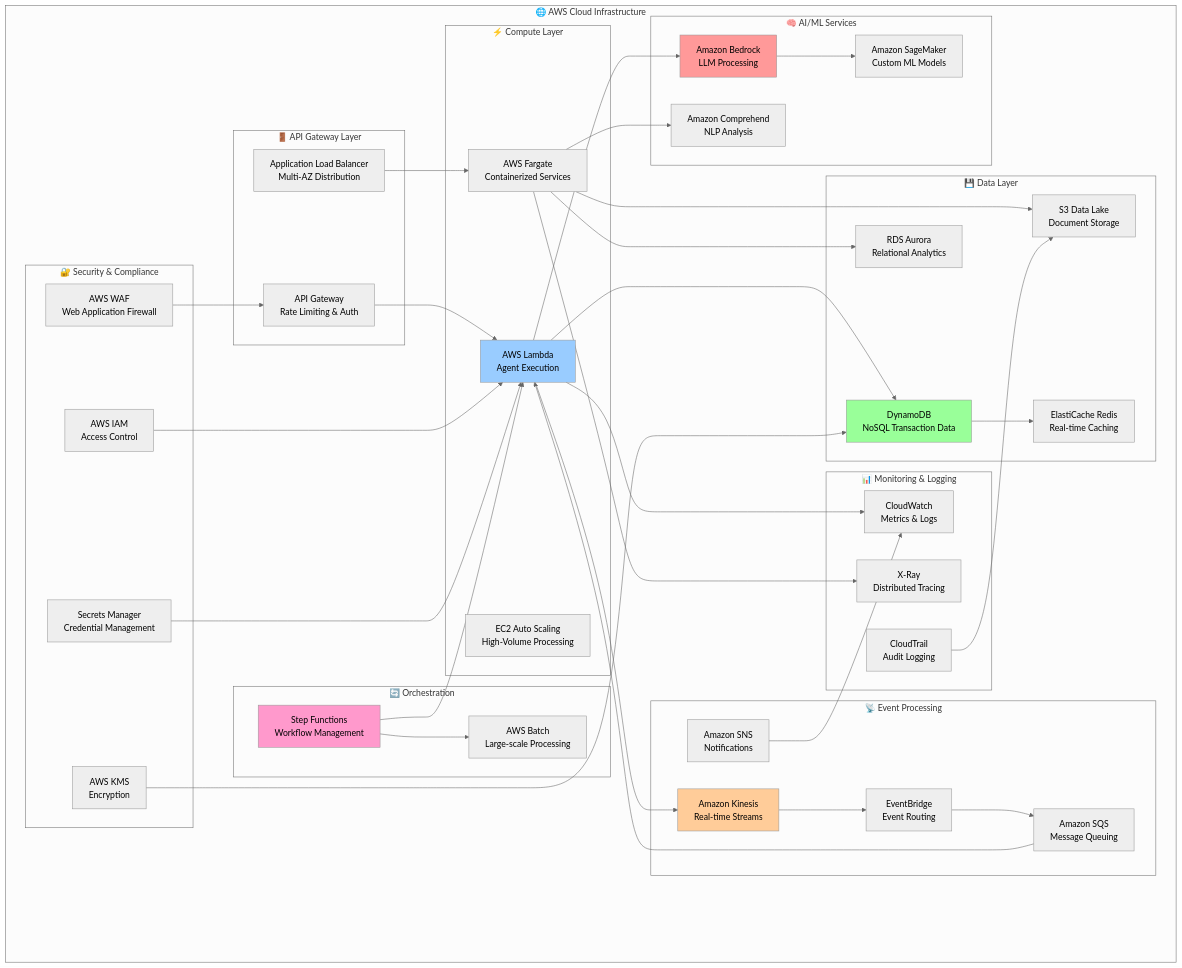
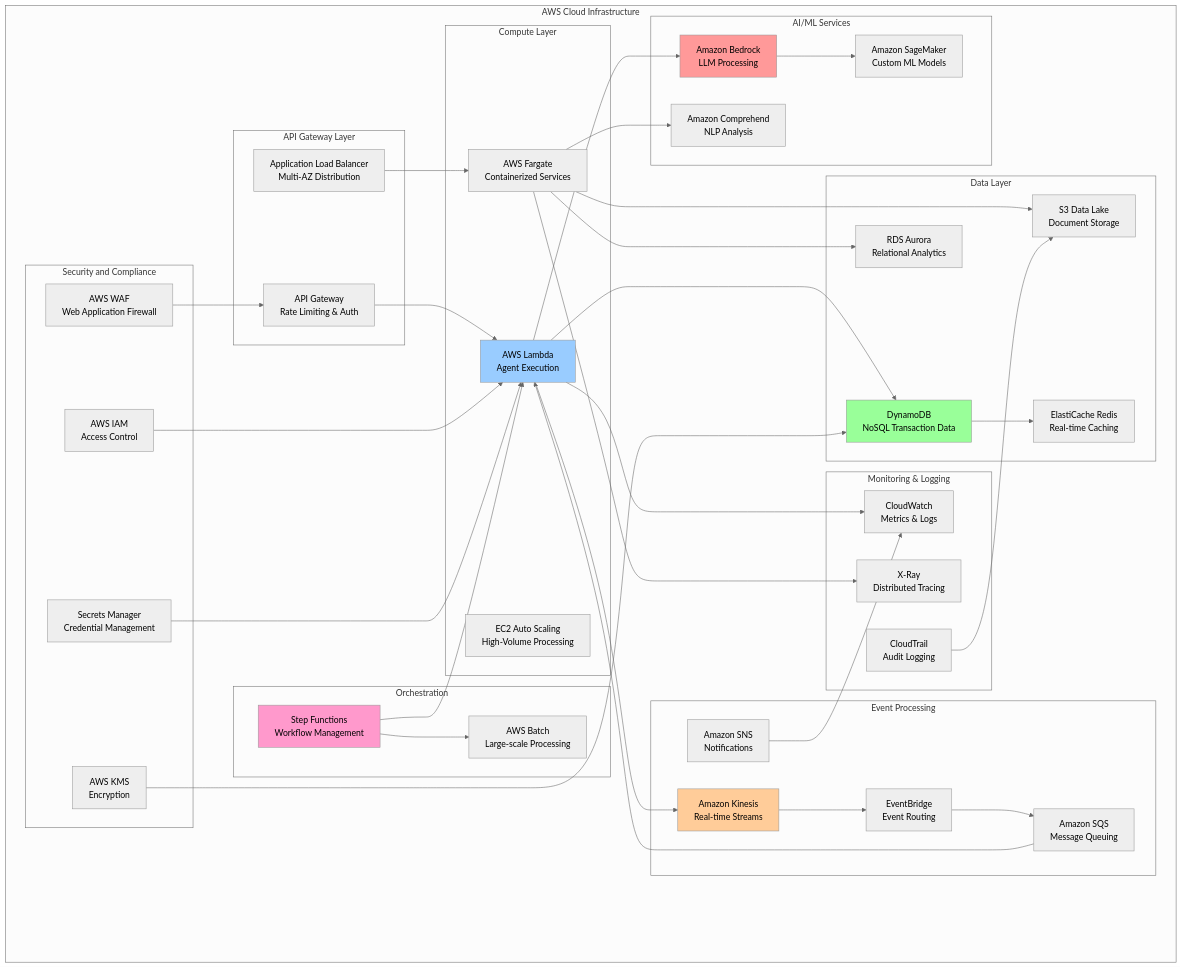
One commit to gregorizeidler-cw/LavandowskI-Chatbot changed the second of 11 diagrams in README.md. Above: the diagram before and after it, drawn with Mermaid (neutral theme). The commit also changed other lines of this file, not shown here.

````diff
--- a/README.md
+++ b/README.md
@@ -308,49 +308,49 @@
 ```mermaid
 graph TB
-    subgraph "🌐 AWS Cloud Infrastructure"
-        subgraph "🚪 API Gateway Layer"
+    subgraph " AWS Cloud Infrastructure"
+        subgraph "API Gateway Layer"
             API[API Gateway<br/>Rate Limiting & Auth]
             ALB[Application Load Balancer<br/>Multi-AZ Distribution]
         end
         
-        subgraph "⚡ Compute Layer"
+        subgraph " Compute Layer"
             LAMBDA[AWS Lambda<br/>Agent Execution]
             FARGATE[AWS Fargate<br/>Containerized Services]
             EC2[EC2 Auto Scaling<br/>High-Volume Processing]
         end
         
-        subgraph "🧠 AI/ML Services"
+        subgraph " AI/ML Services"
             BEDROCK[Amazon Bedrock<br/>LLM Processing]
             COMPREHEND[Amazon Comprehend<br/>NLP Analysis]
             SAGEMAKER[Amazon SageMaker<br/>Custom ML Models]
         end
         
-        subgraph "💾 Data Layer"
+        subgraph " Data Layer"
             DYNAMO[DynamoDB<br/>NoSQL Transaction Data]
             RDS[RDS Aurora<br/>Relational Analytics]
             S3[S3 Data Lake<br/>Document Storage]
             REDIS[ElastiCache Redis<br/>Real-time Caching]
         end
         
-        subgraph "📡 Event Processing"
+        subgraph " Event Processing"
             KINESIS[Amazon Kinesis<br/>Real-time Streams]
             EVENTBRIDGE[EventBridge<br/>Event Routing]
             SQS[Amazon SQS<br/>Message Queuing]
             SNS[Amazon SNS<br/>Notifications]
         end
         
-        subgraph "🔄 Orchestration"
+        subgraph " Orchestration"
             STEP[Step Functions<br/>Workflow Management]
             BATCH[AWS Batch<br/>Large-scale Processing]
         end
         
-        subgraph "📊 Monitoring & Logging"
+        subgraph " Monitoring & Logging"
             CLOUDWATCH[CloudWatch<br/>Metrics & Logs]
             XRAY[X-Ray<br/>Distributed Tracing]
             CLOUDTRAIL[CloudTrail<br/>Audit Logging]
         end
         
-        subgraph "🔐 Security & Compliance"
+        subgraph "Security and Compliance"
             IAM[AWS IAM<br/>Access Control]
             KMS[AWS KMS<br/>Encryption]
             SECRETS[Secrets Manager<br/>Credential Management]
````
